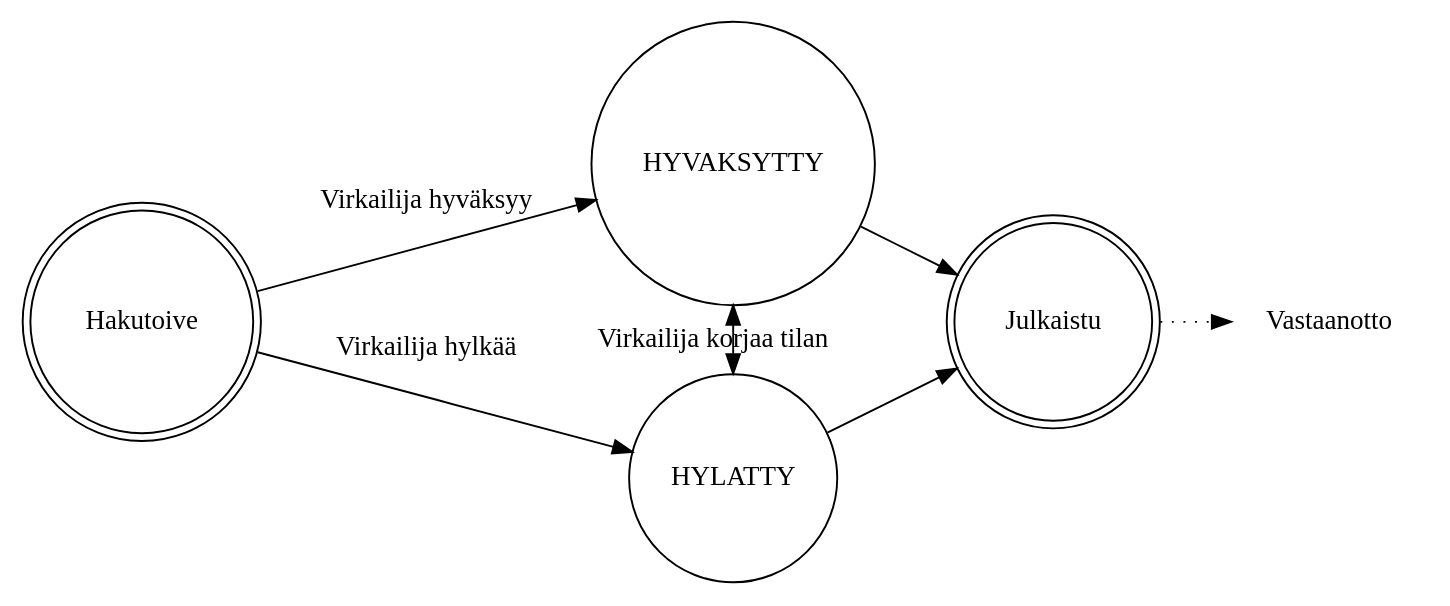
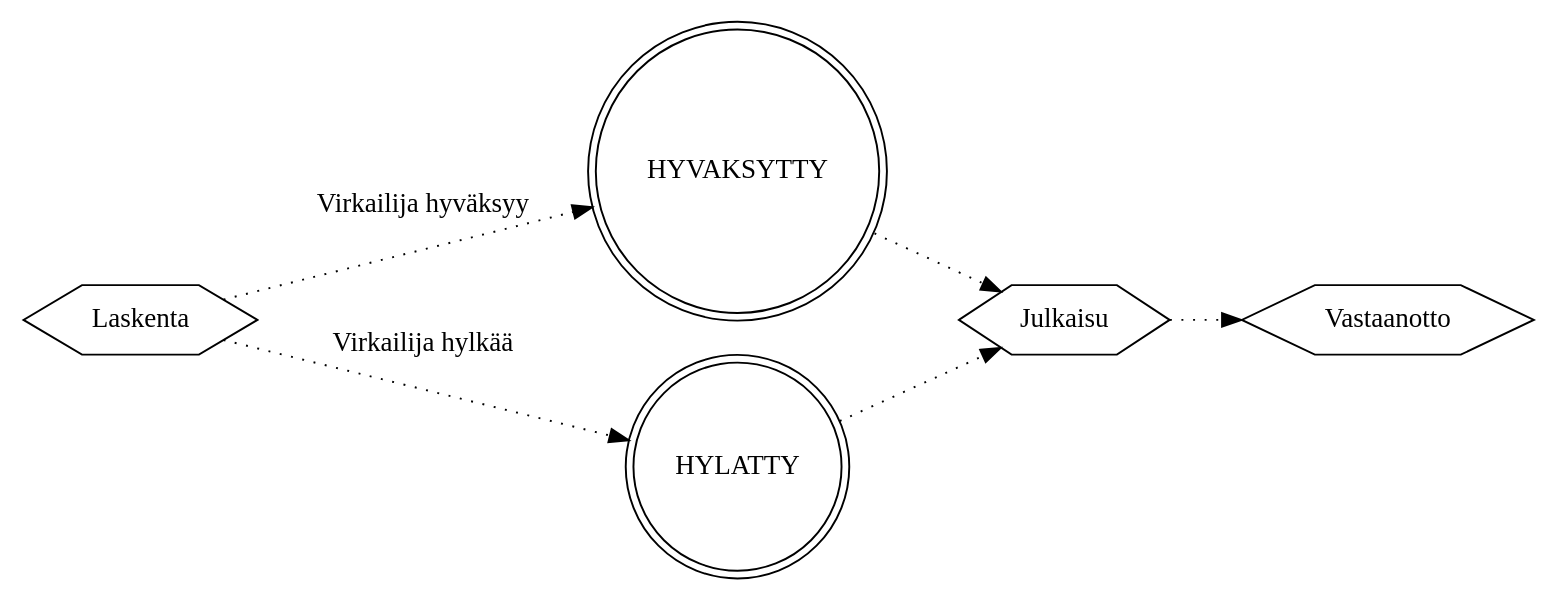
Before and after one commit to Opetushallitus/dokumentaatio: the diagram in dot/valintatila_ilman_sijoittelua.dot, drawn with Graphviz. The commit also changed 7 other files, not shown here.

```diff
--- a/dot/valintatila_ilman_sijoittelua.dot
+++ b/dot/valintatila_ilman_sijoittelua.dot
@@ -1,17 +1,13 @@
 digraph g {
   rankdir=LR;
   node [shape=circle];
+  edge [style=dotted];
 
-  {
-    rank=same;
-    HYVAKSYTTY -> HYLATTY [dir=both label="Virkailija korjaa tilan"];
-  }
+  HYVAKSYTTY, HYLATTY -> Julkaisu -> Vastaanotto;
 
-  HYVAKSYTTY, HYLATTY -> Julkaistu;
-  Julkaistu -> Vastaanotto [style=dotted];
-  Vastaanotto [shape=none];
+  Laskenta -> HYLATTY [label="Virkailija hylkää"];
+  Laskenta -> HYVAKSYTTY [label="Virkailija hyväksyy"];
 
-  Hakutoive -> HYLATTY [label="Virkailija hylkää"];
-  Hakutoive -> HYVAKSYTTY [label="Virkailija hyväksyy"];
-  Hakutoive, Julkaistu [shape=doublecircle];
+  Laskenta, Vastaanotto, Julkaisu [shape=hexagon];
+  HYVAKSYTTY, HYLATTY [shape=doublecircle];
 }
```
